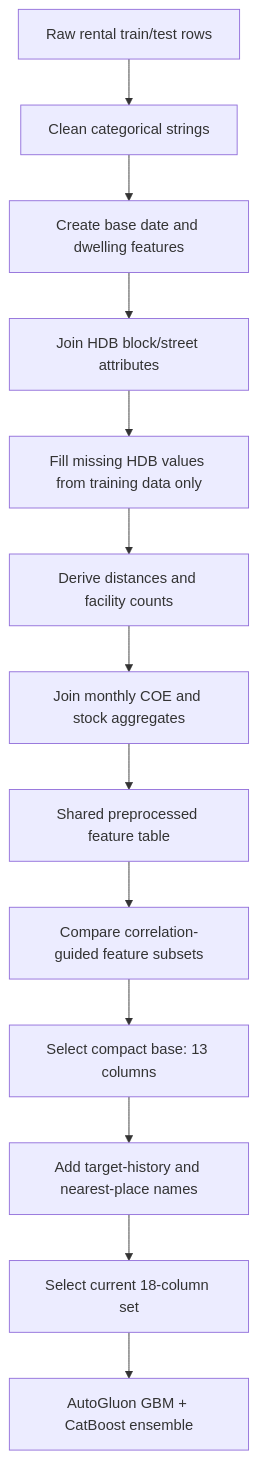
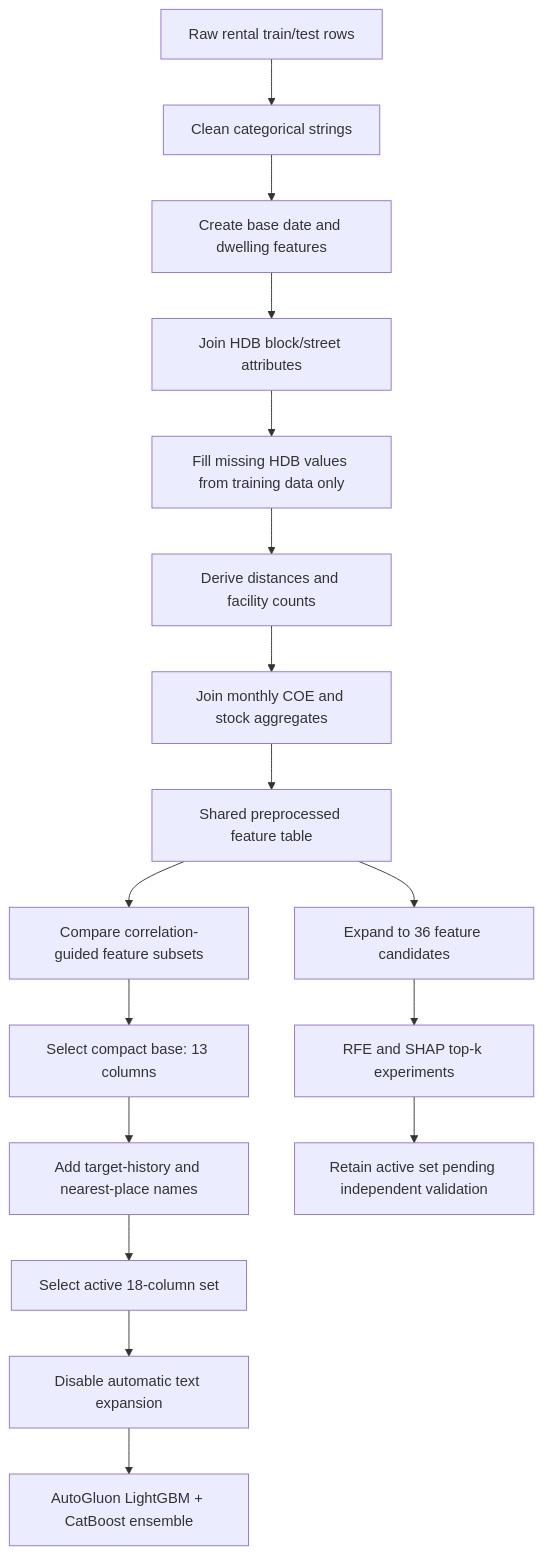
Before and after one commit to MeTuL10/KDDM-project: the diagram in exploration/metul/findings_so_far.md, drawn with Mermaid. The commit also changed other lines of this file and 43 other files, not shown here.

````diff
--- a/exploration/metul/findings_so_far.md
+++ b/exploration/metul/findings_so_far.md
@@ -79,15 +158,19 @@
 ```mermaid
 flowchart TD
     A[Raw rental train/test rows] --> B[Clean categorical strings]
     B --> C[Create base date and dwelling features]
     C --> D[Join HDB block/street attributes]
     D --> E[Fill missing HDB values from training data only]
     E --> F[Derive distances and facility counts]
     F --> G[Join monthly COE and stock aggregates]
     G --> H[Shared preprocessed feature table]
     H --> I[Compare correlation-guided feature subsets]
     I --> J[Select compact base: 13 columns]
     J --> K[Add target-history and nearest-place names]
-    K --> L[Select current 18-column set]
-    L --> M[AutoGluon GBM + CatBoost ensemble]
+    K --> L[Select active 18-column set]
+    L --> M[Disable automatic text expansion]
+    M --> N[AutoGluon LightGBM + CatBoost ensemble]
+    H --> O[Expand to 36 feature candidates]
+    O --> P[RFE and SHAP top-k experiments]
+    P --> Q[Retain active set pending independent validation]
 ```
````
